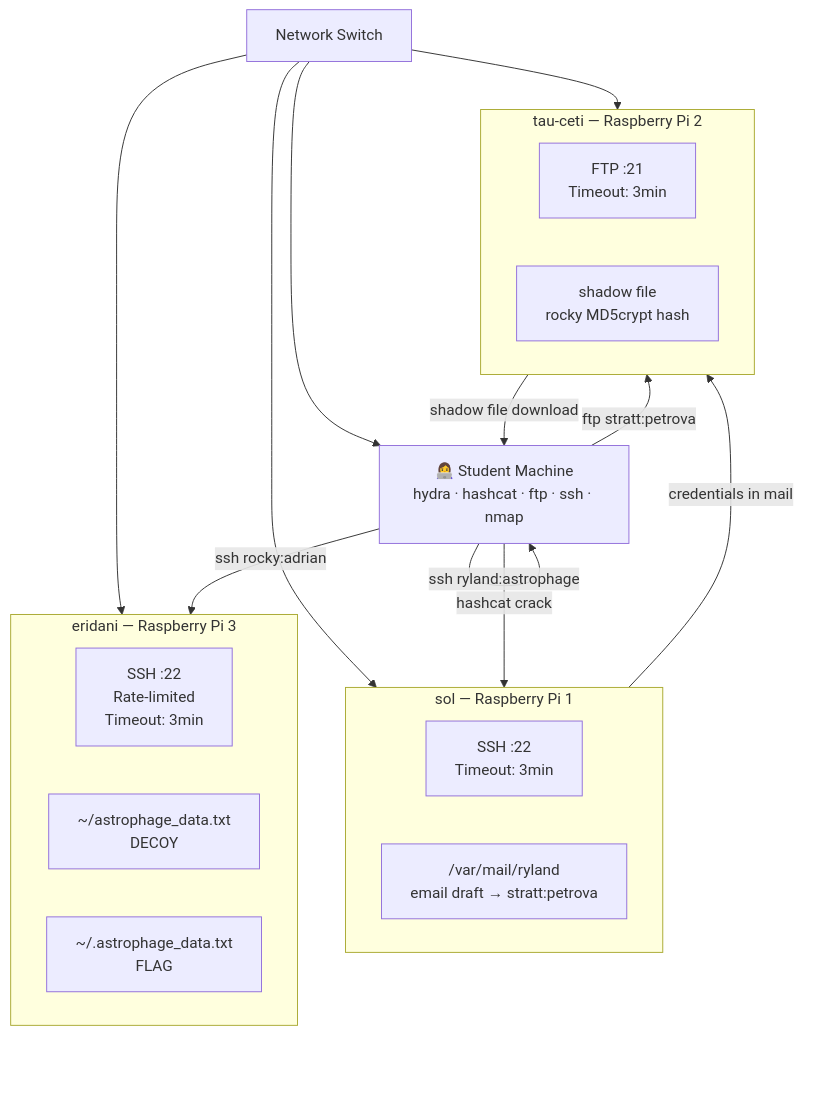
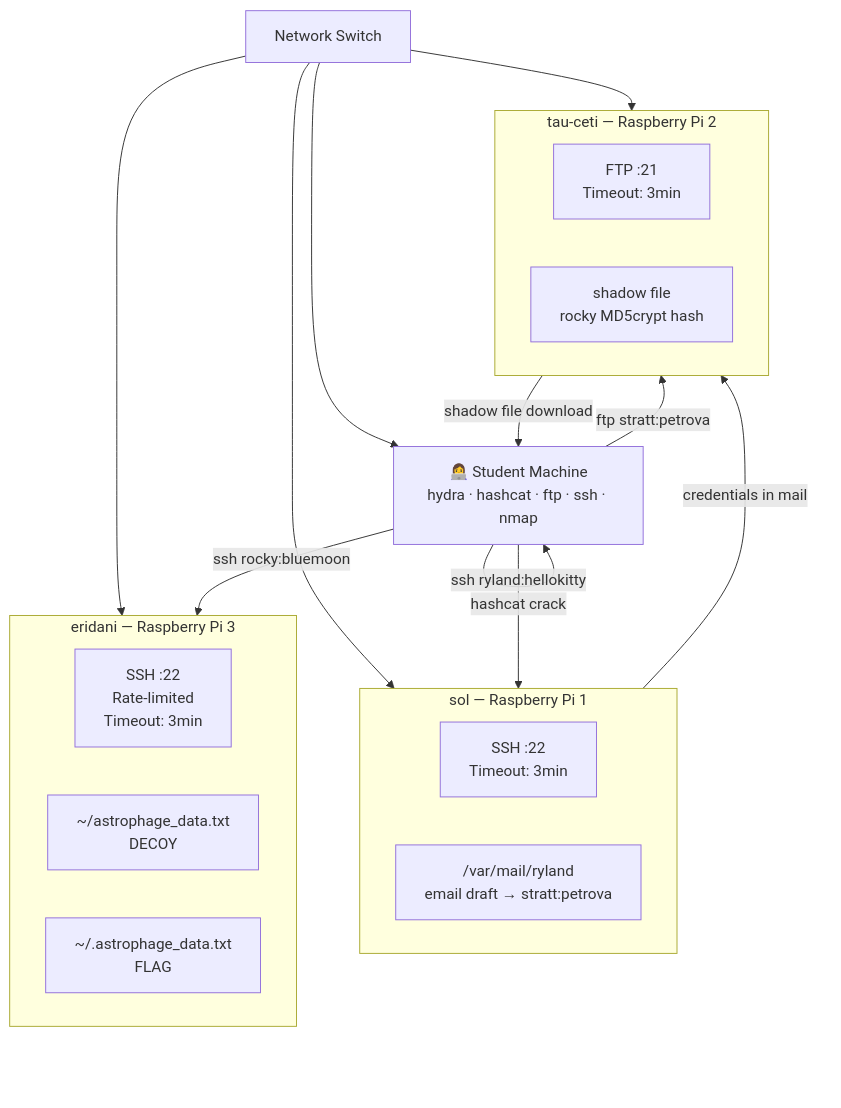
The first of 2 diagrams in pi_architecture.md (redbeardmeric/CyberStorm-Project), drawn with Mermaid before and after one commit. The commit also changed other lines of this file and 14 other files, not shown here.

First line of the commit message:
Update SSH credentials and related documentation for sol and eridani services

````diff
--- a/pi_architecture.md
+++ b/pi_architecture.md
@@ -8,33 +8,33 @@
 ```mermaid
 graph TD
     SW[Network Switch] --> A
     SW --> SOL
     SW --> TAU
     SW --> ERI
 
     A[👩‍💻 Student Machine\nhydra · hashcat · ftp · ssh · nmap]
 
     subgraph SOL[sol — Raspberry Pi 1]
         S1[SSH :22\nTimeout: 3min]
         S2["/var/mail/ryland\nemail draft → stratt:petrova"]
     end
 
     subgraph TAU[tau-ceti — Raspberry Pi 2]
         T1[FTP :21\nTimeout: 3min]
         T2[shadow file\nrocky MD5crypt hash]
     end
 
     subgraph ERI[eridani — Raspberry Pi 3]
         E1[SSH :22\nRate-limited\nTimeout: 3min]
         E2[~/astrophage_data.txt\nDECOY]
         E3[~/.astrophage_data.txt\nFLAG]
     end
 
-    A -->|ssh ryland:astrophage| SOL
+    A -->|ssh ryland:hellokitty| SOL
     A -->|ftp stratt:petrova| TAU
-    A -->|ssh rocky:adrian| ERI
+    A -->|ssh rocky:bluemoon| ERI
 
     SOL -->|credentials in mail| TAU
     TAU -->|shadow file download| A
     A -->|hashcat crack| A
 ```
````
